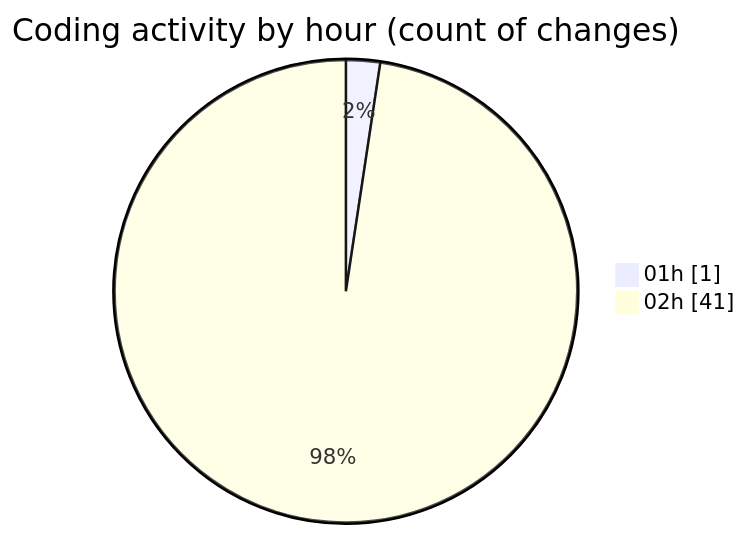
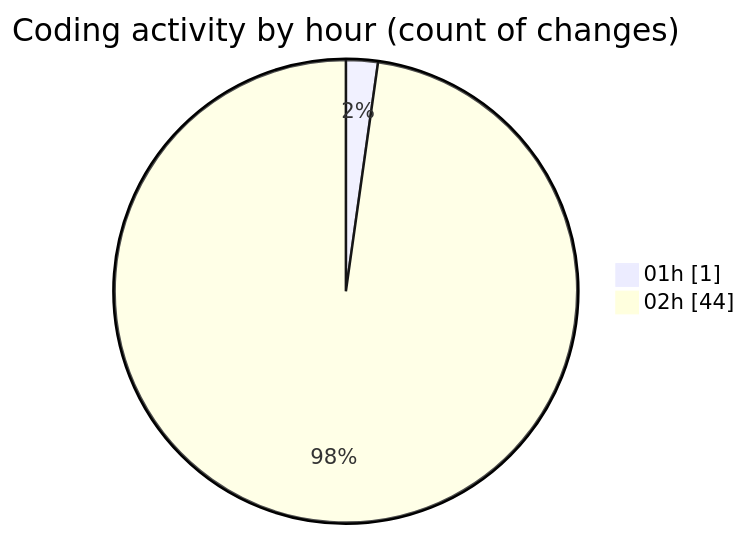
The second of 2 diagrams in 2025-02-21/uber_clone/README.md (donsfak/code-tracking), drawn with Mermaid before and after one commit. The commit also changed other lines of this file and 1 other file, not shown here.

````diff
--- a/2025-02-21/uber_clone/README.md
+++ b/2025-02-21/uber_clone/README.md
@@ -37,6 +37,6 @@
 ```mermaid
 pie showData
 title Coding activity by hour (count of changes)
 "01h" : 1
-"02h" : 41
+"02h" : 44
 ```
````
